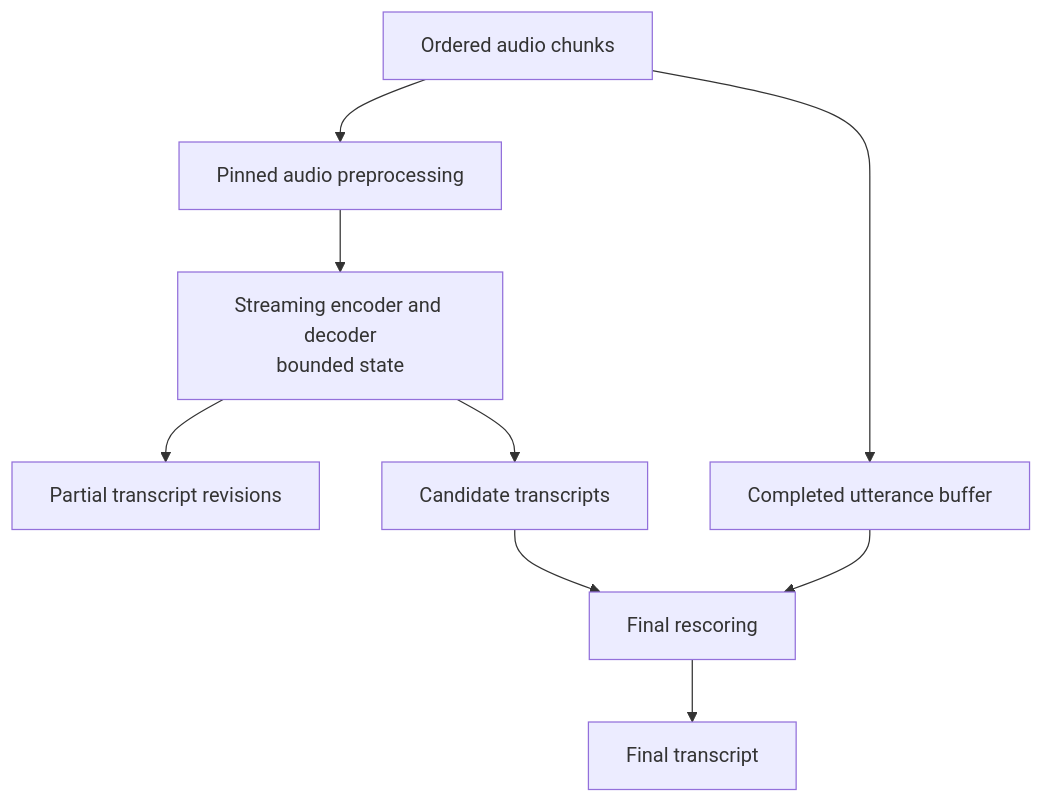
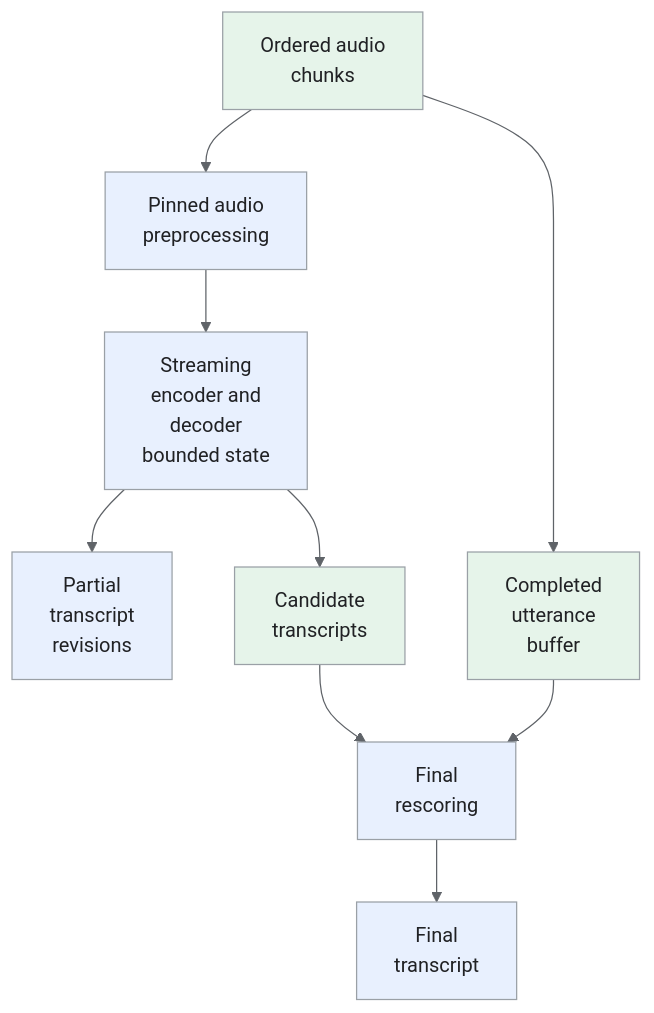
One commit to iliazlobin/iliazlobin.github.io changed the fourth of 6 diagrams in _designs/ml-system-design-speech-recognition-asr.md. Above: the diagram before and after it, drawn with Mermaid. The commit also changed other lines of this file and 131 other files, not shown here.

````diff
--- a/_designs/ml-system-design-speech-recognition-asr.md
+++ b/_designs/ml-system-design-speech-recognition-asr.md
@@ -216,11 +290,18 @@
 ```mermaid
+%%{init: {'theme':'base','themeVariables':{'primaryColor':'#e8f0fe','primaryTextColor':'#202124','primaryBorderColor':'#9aa0a6','lineColor':'#5f6368','secondaryColor':'#e6f4ea','tertiaryColor':'#fef7e0','actorBkg':'#e8f0fe','actorBorder':'#9aa0a6','actorTextColor':'#202124','noteBkgColor':'#fef7e0','noteTextColor':'#202124','noteBorderColor':'#9aa0a6','signalColor':'#5f6368','signalTextColor':'#202124','labelBoxBkgColor':'#fef7e0','labelBoxBorderColor':'#9aa0a6'}}}%%
 flowchart TB
-    A["Ordered audio chunks"] --> F["Pinned audio preprocessing"]
-    F --> S["Streaming encoder and decoder<br>bounded state"]
-    S --> P["Partial transcript revisions"]
-    S --> N["Candidate transcripts"]
-    A --> U["Completed utterance buffer"]
-    N --> R["Final rescoring"]
+    A["Ordered audio<br>chunks"] --> F["Pinned audio<br>preprocessing"]
+    F --> S["Streaming<br>encoder and<br>decoder<br>bounded state"]
+    S --> P["Partial<br>transcript<br>revisions"]
+    S --> N["Candidate<br>transcripts"]
+    A --> U["Completed<br>utterance<br>buffer"]
+    N --> R["Final<br>rescoring"]
     U --> R
-    R --> X["Final transcript"]
+    R --> X["Final<br>transcript"]
+classDef request fill:#e8f0fe,stroke:#9aa0a6,color:#202124;
+classDef data fill:#e6f4ea,stroke:#9aa0a6,color:#202124;
+classDef control fill:#fef7e0,stroke:#9aa0a6,color:#202124;
+class F,S,P,R,X request;
+class A,N,U data;
+
 ```
````
